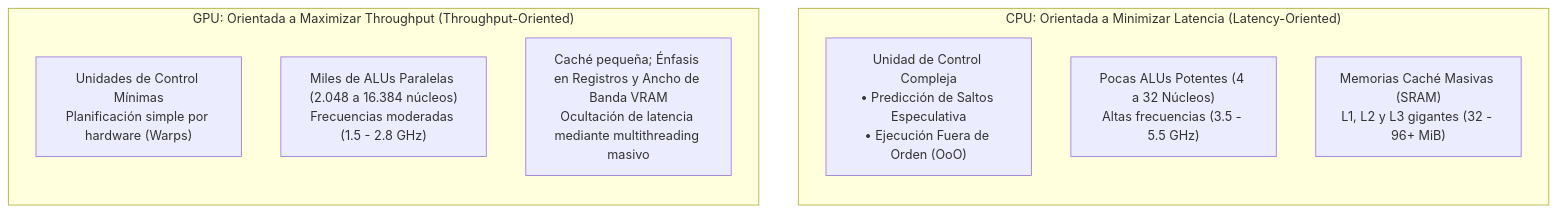
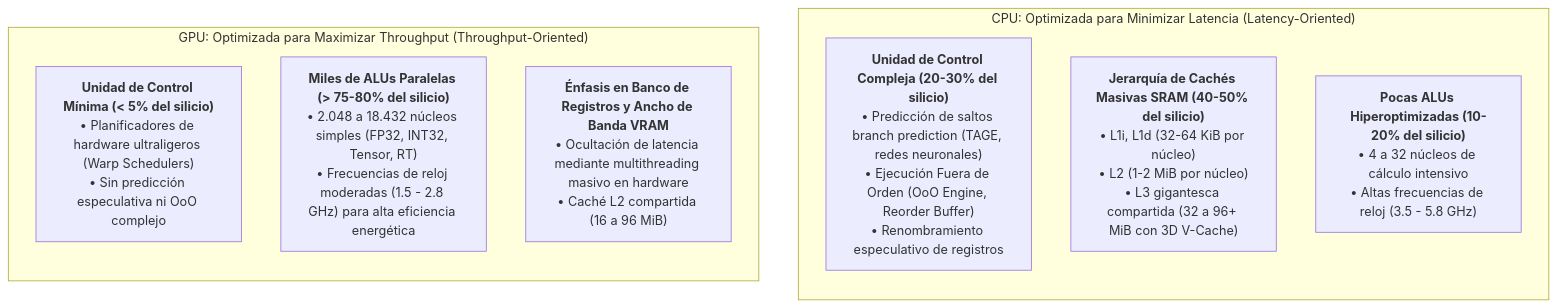
Before and after one commit to kalech7/notes: the first of 11 diagrams in Obsidian/pregrado/Documentos/Arquitectura de computadores/Arquitectura de GPU y Aceleradores Hardware en el Computador.md, drawn with Mermaid. The commit also changed other lines of this file and 7 other files, not shown here.

Commit message:
docs(arquitectura): auditoria pedagogica y tecnica completada con subagentes en microarquitectura, memoria, mmu, buses y gpu

````diff
--- a/Obsidian/pregrado/Documentos/Arquitectura de computadores/Arquitectura de GPU y Aceleradores Hardware en el Computador.md
+++ b/Obsidian/pregrado/Documentos/Arquitectura de computadores/Arquitectura de GPU y Aceleradores Hardware en el Computador.md
@@ -47,16 +65,16 @@
 ```mermaid
 flowchart TD
-    subgraph CPU_Design ["CPU: Orientada a Minimizar Latencia (Latency-Oriented)"]
+    subgraph CPU_Design ["CPU: Optimizada para Minimizar Latencia (Latency-Oriented)"]
         direction TB
-        C_Control["Unidad de Control Compleja<br>• Predicción de Saltos Especulativa<br>• Ejecución Fuera de Orden (OoO)"]
-        C_ALU["Pocas ALUs Potentes (4 a 32 Núcleos)<br>Altas frecuencias (3.5 - 5.5 GHz)"]
-        C_Cache["Memorias Caché Masivas (SRAM)<br>L1, L2 y L3 gigantes (32 - 96+ MiB)"]
+        C_Control["<b>Unidad de Control Compleja (20-30% del silicio)</b><br>• Predicción de saltos branch prediction (TAGE, redes neuronales)<br>• Ejecución Fuera de Orden (OoO Engine, Reorder Buffer)<br>• Renombramiento especulativo de registros"]
+        C_Cache["<b>Jerarquía de Cachés Masivas SRAM (40-50% del silicio)</b><br>• L1i, L1d (32-64 KiB por núcleo)<br>• L2 (1-2 MiB por núcleo)<br>• L3 gigantesca compartida (32 a 96+ MiB con 3D V-Cache)"]
+        C_ALU["<b>Pocas ALUs Hiperoptimizadas (10-20% del silicio)</b><br>• 4 a 32 núcleos de cálculo intensivo<br>• Altas frecuencias de reloj (3.5 - 5.8 GHz)"]
     end
 
-    subgraph GPU_Design ["GPU: Orientada a Maximizar Throughput (Throughput-Oriented)"]
+    subgraph GPU_Design ["GPU: Optimizada para Maximizar Throughput (Throughput-Oriented)"]
         direction TB
-        G_Control["Unidades de Control Mínimas<br>Planificación simple por hardware (Warps)"]
-        G_ALU["Miles de ALUs Paralelas (2.048 a 16.384 núcleos)<br>Frecuencias moderadas (1.5 - 2.8 GHz)"]
-        G_Cache["Caché pequeña; Énfasis en Registros y Ancho de Banda VRAM<br>Ocultación de latencia mediante multithreading masivo"]
+        G_Control["<b>Unidad de Control Mínima (< 5% del silicio)</b><br>• Planificadores de hardware ultraligeros (Warp Schedulers)<br>• Sin predicción especulativa ni OoO complejo"]
+        G_ALU["<b>Miles de ALUs Paralelas (> 75-80% del silicio)</b><br>• 2.048 a 18.432 núcleos simples (FP32, INT32, Tensor, RT)<br>• Frecuencias de reloj moderadas (1.5 - 2.8 GHz) para alta eficiencia energética"]
+        G_Cache["<b>Énfasis en Banco de Registros y Ancho de Banda VRAM</b><br>• Ocultación de latencia mediante multithreading masivo en hardware<br>• Caché L2 compartida (16 a 96 MiB)"]
     end
 ```
````
